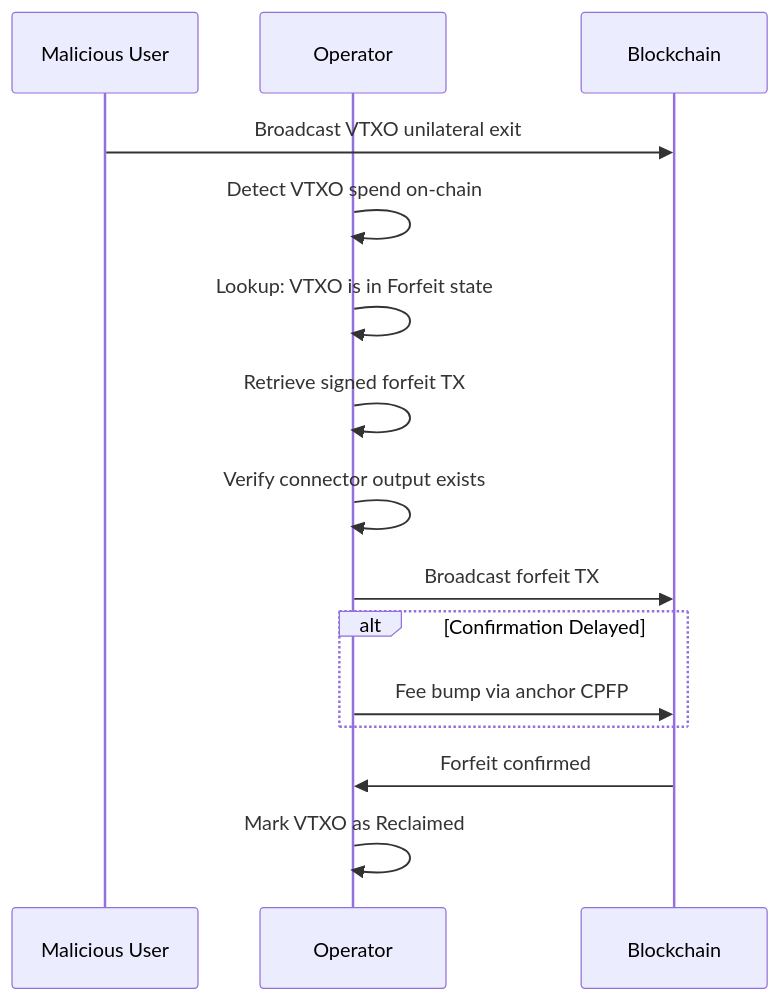
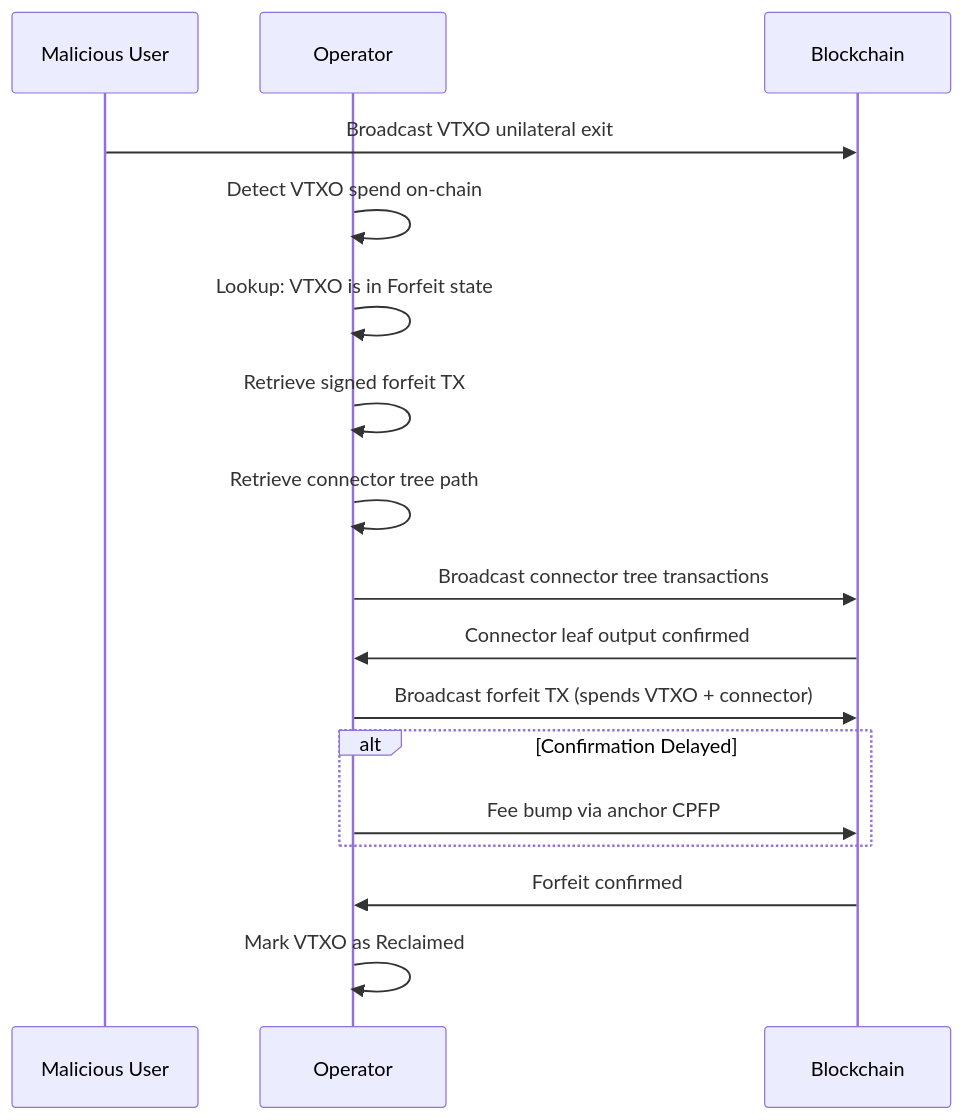
Before and after one commit to lightninglabs/wavelength: the fourth of 7 diagrams in docs/ark-specs/ARK-04-monitoring.md, drawn with Mermaid. The commit also changed other lines of this file and 6 other files, not shown here.

````diff
--- a/docs/ark-specs/ARK-04-monitoring.md
+++ b/docs/ark-specs/ARK-04-monitoring.md
@@ -339,22 +393,25 @@
 ```mermaid
 sequenceDiagram
     participant M as Malicious User
     participant O as Operator
     participant BC as Blockchain
 
     M->>BC: Broadcast VTXO unilateral exit
 
     O->>O: Detect VTXO spend on-chain
     O->>O: Lookup: VTXO is in Forfeit state
     O->>O: Retrieve signed forfeit TX
-    O->>O: Verify connector output exists
+    O->>O: Retrieve connector tree path
 
-    O->>BC: Broadcast forfeit TX
+    O->>BC: Broadcast connector tree transactions
+    BC->>O: Connector leaf output confirmed
+
+    O->>BC: Broadcast forfeit TX (spends VTXO + connector)
 
     alt Confirmation Delayed
         O->>BC: Fee bump via anchor CPFP
     end
 
     BC->>O: Forfeit confirmed
     O->>O: Mark VTXO as Reclaimed
 ```
````
